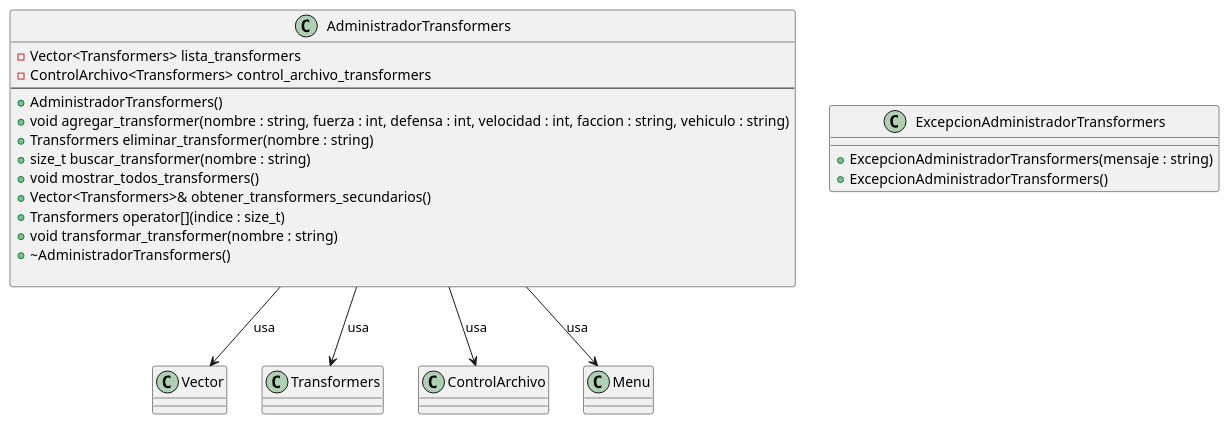
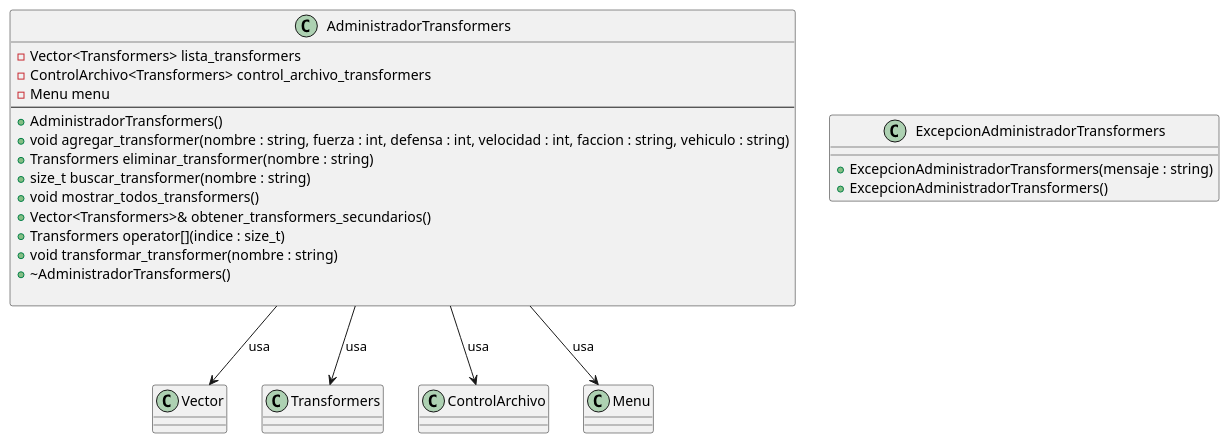
The diagram in Diagramas-UML/AdminTransformers.puml (guillsil/Transformers-Game), drawn with PlantUML before and after one commit. The commit also changed 1 other file, not shown here.

```diff
--- a/Diagramas-UML/AdminTransformers.puml
+++ b/Diagramas-UML/AdminTransformers.puml
@@ -1,34 +1,35 @@
 @startuml
 'https://plantuml.com/class-diagram
 class Vector
 class Transformers
 class ControlArchivo
 class Menu
 
 class ExcepcionAdministradorTransformers {
     + ExcepcionAdministradorTransformers(mensaje : string)
     + ExcepcionAdministradorTransformers()
 }
 
 class AdministradorTransformers{
     - Vector<Transformers> lista_transformers
     - ControlArchivo<Transformers> control_archivo_transformers
+    - Menu menu
     ---
     + AdministradorTransformers()
     + void agregar_transformer(nombre : string, fuerza : int, defensa : int, velocidad : int, faccion : string, vehiculo : string)
     + Transformers eliminar_transformer(nombre : string)
     + size_t buscar_transformer(nombre : string)
     + void mostrar_todos_transformers()
     + Vector<Transformers>& obtener_transformers_secundarios()
     + Transformers operator[](indice : size_t)
     + void transformar_transformer(nombre : string)
     + ~AdministradorTransformers()
 
 }
 
 ' Relaciones
 AdministradorTransformers --> Vector : "usa"
 AdministradorTransformers --> Transformers : "usa"
 AdministradorTransformers --> ControlArchivo : "usa"
 AdministradorTransformers --> Menu : "usa"
 @enduml
```
